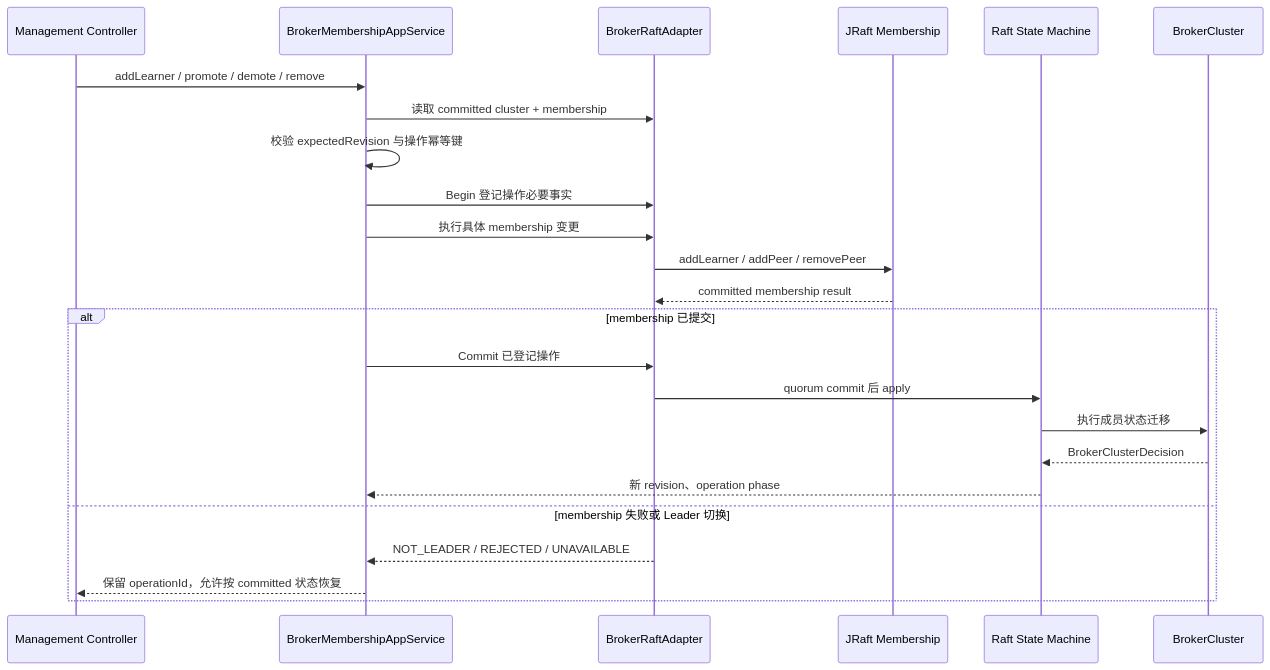
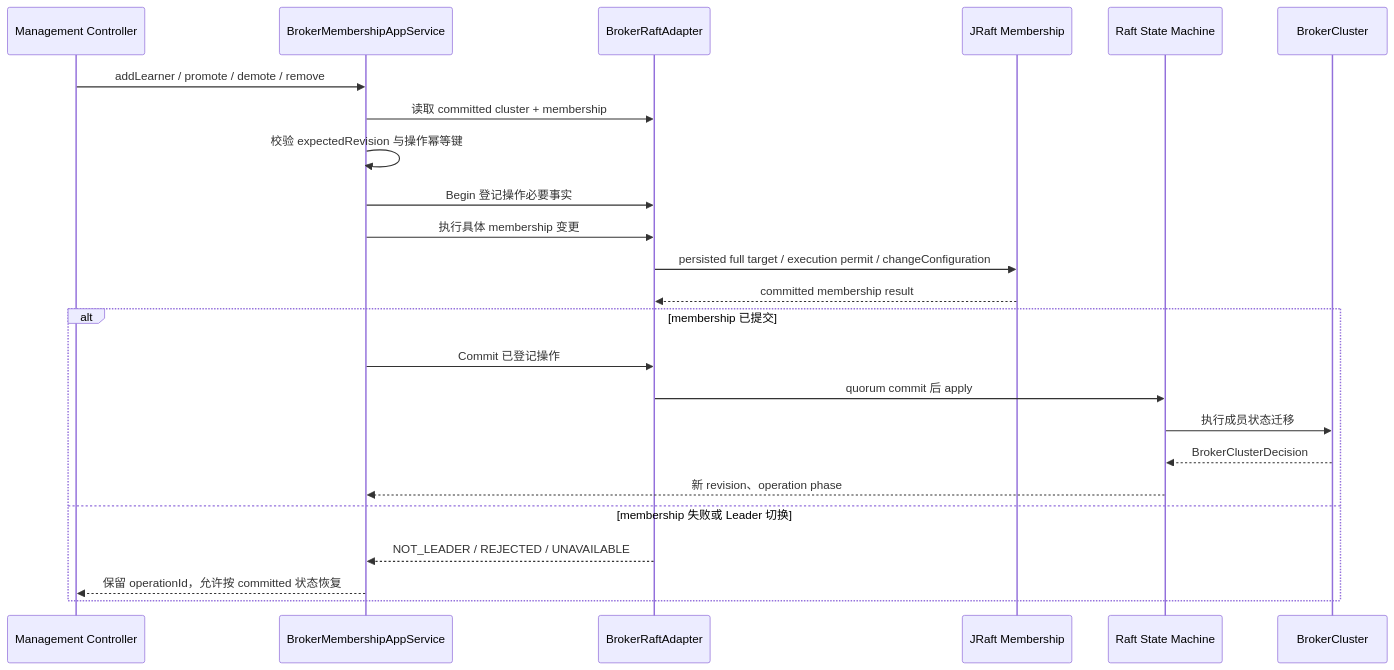
Before and after one commit to kc-co9/im-chat: the seventh of 18 diagrams in im-broker/ARCHITECTURE.md, drawn with Mermaid. The commit also changed other lines of this file and 346 other files, not shown here.

````diff
--- a/im-broker/ARCHITECTURE.md
+++ b/im-broker/ARCHITECTURE.md
@@ -377,27 +397,27 @@
 ```mermaid
 sequenceDiagram
     participant API as Management Controller
     participant App as BrokerMembershipAppService
     participant Repository as BrokerRaftAdapter
     participant Membership as JRaft Membership
     participant SM as Raft State Machine
     participant Cluster as BrokerCluster
 
     API->>App: addLearner / promote / demote / remove
     App->>Repository: 读取 committed cluster + membership
     App->>App: 校验 expectedRevision 与操作幂等键
     App->>Repository: Begin 登记操作必要事实
     App->>Repository: 执行具体 membership 变更
-    Repository->>Membership: addLearner / addPeer / removePeer
+    Repository->>Membership: persisted full target / execution permit / changeConfiguration
     Membership-->>Repository: committed membership result
     alt membership 已提交
         App->>Repository: Commit 已登记操作
         Repository->>SM: quorum commit 后 apply
         SM->>Cluster: 执行成员状态迁移
         Cluster-->>SM: BrokerClusterDecision
         SM-->>App: 新 revision、operation phase
     else membership 失败或 Leader 切换
         Repository-->>App: NOT_LEADER / REJECTED / UNAVAILABLE
         App-->>API: 保留 operationId，允许按 committed 状态恢复
     end
 ```
````
